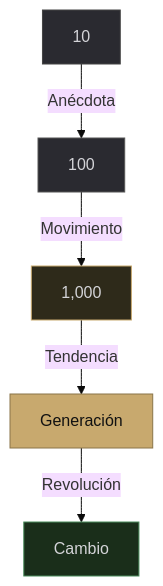
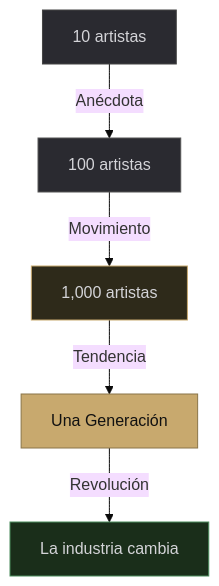
One commit to groovesart/grooves-docs changed the second of 2 diagrams in manifiesto.md. Above: the diagram before and after it, drawn with Mermaid (base theme).

````diff
--- a/manifiesto.md
+++ b/manifiesto.md
@@ -58,12 +58,12 @@
 ```mermaid
 graph TB
-    A[10] -->|Anécdota| B[100]
-    B -->|Movimiento| C[1,000]
-    C -->|Tendencia| D[Generación]
-    D -->|Revolución| E[Cambio]
+    A[10 artistas] -->|Anécdota| B[100 artistas]
+    B -->|Movimiento| C[1,000 artistas]
+    C -->|Tendencia| D[Una Generación]
+    D -->|Revolución| E[La industria cambia]
     style A fill:#2a2a30,color:#d4d4d8,stroke:#444
     style B fill:#2a2a30,color:#d4d4d8,stroke:#555
     style C fill:#2e2a1a,color:#d4d4d8,stroke:#C8A96E
     style D fill:#C8A96E,color:#111,stroke:#8a7548
     style E fill:#1a2e1a,color:#d4d4d8,stroke:#4a8c5c
 ```
````
